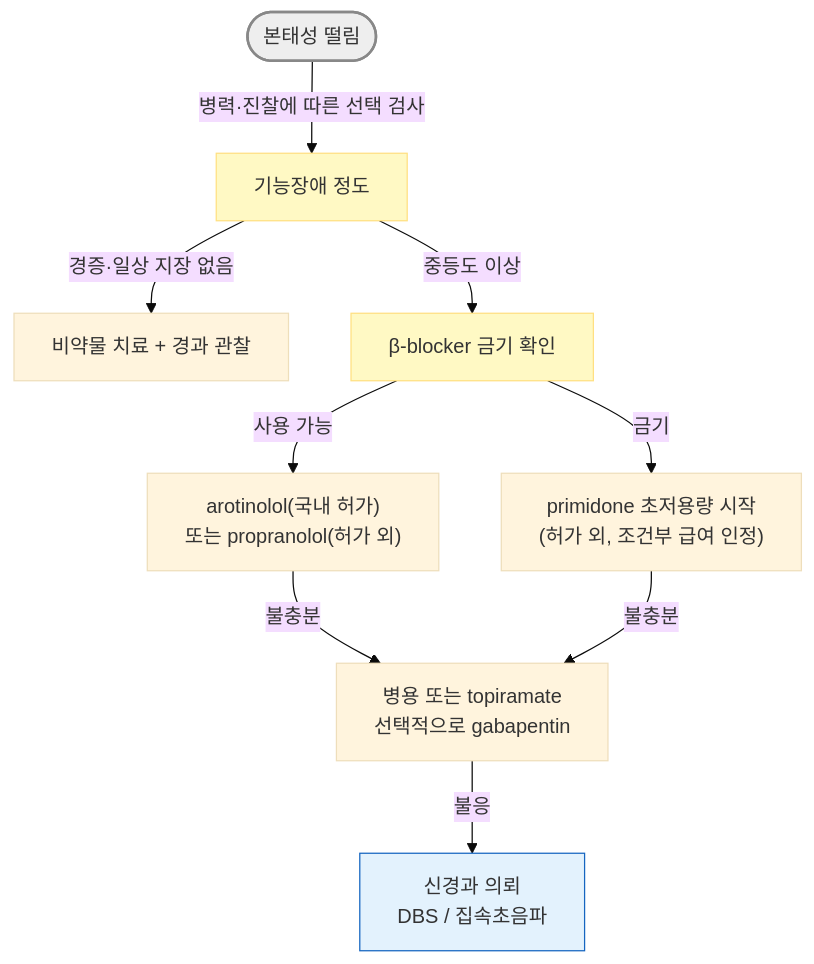
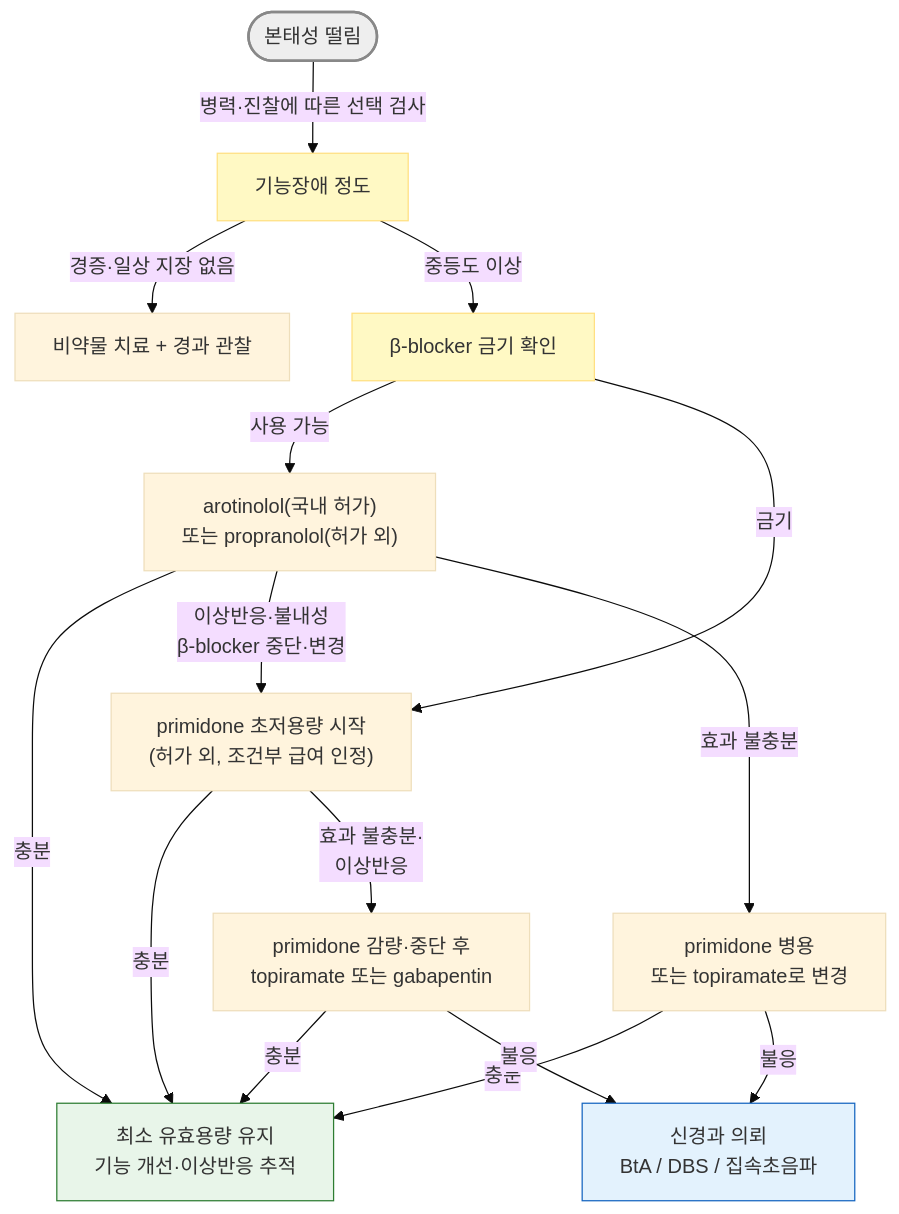
Before and after one commit to familyoh77/familyoh77: the second of 2 diagrams in 221_/034_-tremor.md, drawn with Mermaid (base theme). The commit also changed other lines of this file, not shown here.

````diff
--- a/221_/034_-tremor.md
+++ b/221_/034_-tremor.md
@@ -274,15 +273,22 @@
 ```mermaid
 flowchart TD
     J1(["본태성 떨림"]) -- "병력·진찰에 따른 선택 검사" --> P["기능장애 정도"]
     P -- "경증·일상 지장 없음" --> Q["비약물 치료 + 경과 관찰"]
     P -- "중등도 이상" --> R["β-blocker 금기 확인"]
     R -- "사용 가능" --> S["arotinolol(국내 허가)<br/>또는 propranolol(허가 외)"]
     R -- "금기" --> T["primidone 초저용량 시작<br/>(허가 외, 조건부 급여 인정)"]
-    S -- "불충분" --> U["병용 또는 topiramate<br/>선택적으로 gabapentin"]
-    T -- "불충분" --> U
-    U -- "불응" --> V["신경과 의뢰<br/>DBS / 집속초음파"]
+    S -- "충분" --> W["최소 유효용량 유지<br/>기능 개선·이상반응 추적"]
+    T -- "충분" --> W
+    S -- "이상반응·불내성<br/>β-blocker 중단·변경" --> T
+    S -- "효과 불충분" --> U["primidone 병용<br/>또는 topiramate로 변경"]
+    T -- "효과 불충분·<br/>이상반응" --> X["primidone 감량·중단 후<br/>topiramate 또는 gabapentin"]
+    U -- "충분" --> W
+    X -- "충분" --> W
+    U -- "불응" --> V["신경과 의뢰<br/>BtA / DBS / 집속초음파"]
+    X -- "불응" --> V
     style J1 fill:#eeeeee,stroke:#888888,stroke-width:2px
     style P fill:#fff9c4,stroke:#ffe082
     style R fill:#fff9c4,stroke:#ffe082
+    style W fill:#e8f5e9,stroke:#2e7d32
     style V fill:#e3f2fd,stroke:#1565c0
 ```
````
